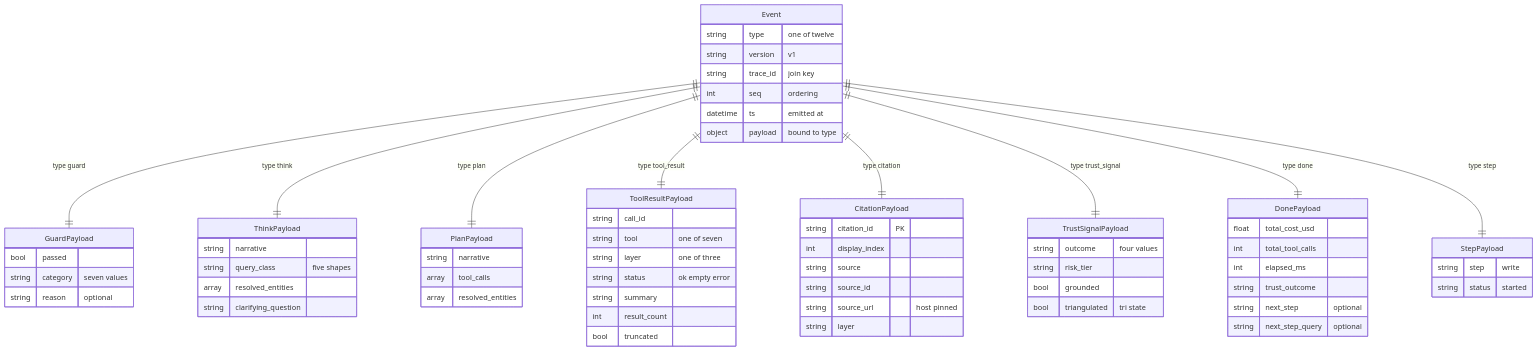
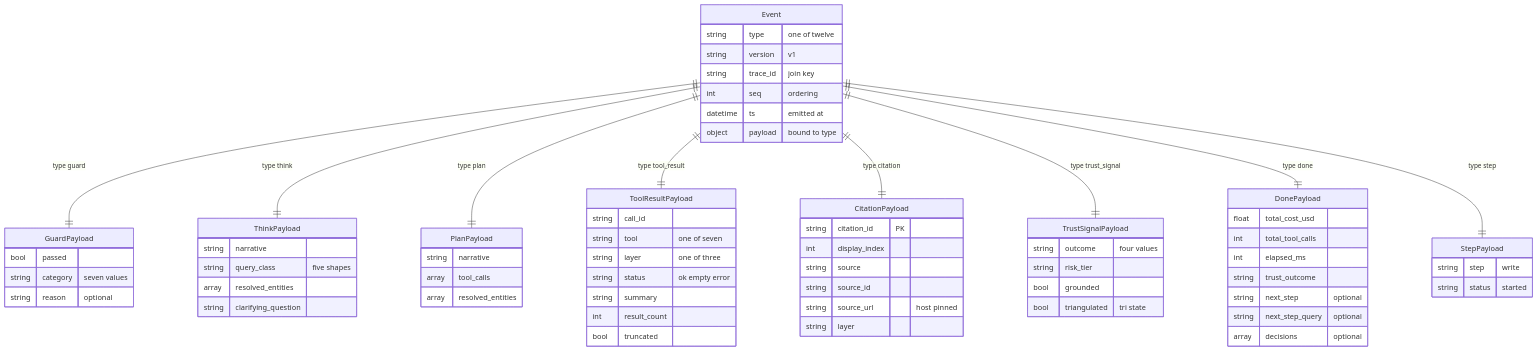
The second of 3 diagrams in visualizations/Schema_visualization.md (monideep2255/agentic-search-ui), drawn with Mermaid before and after one commit. The commit also changed other lines of this file and 8 other files, not shown here.

````diff
--- a/visualizations/Schema_visualization.md
+++ b/visualizations/Schema_visualization.md
@@ -140,71 +140,72 @@
 ```mermaid
 erDiagram
     Event {
         string type "one of twelve"
         string version "v1"
         string trace_id "join key"
         int seq "ordering"
         datetime ts "emitted at"
         object payload "bound to type"
     }
     GuardPayload {
         bool passed
         string category "seven values"
         string reason "optional"
     }
     ThinkPayload {
         string narrative
         string query_class "five shapes"
         array resolved_entities
         string clarifying_question
     }
     PlanPayload {
         string narrative
         array tool_calls
         array resolved_entities
     }
     ToolResultPayload {
         string call_id
         string tool "one of seven"
         string layer "one of three"
         string status "ok empty error"
         string summary
         int result_count
         bool truncated
     }
     CitationPayload {
         string citation_id PK
         int display_index
         string source
         string source_id
         string source_url "host pinned"
         string layer
     }
     TrustSignalPayload {
         string outcome "four values"
         string risk_tier
         bool grounded
         bool triangulated "tri state"
     }
     DonePayload {
         float total_cost_usd
         int total_tool_calls
         int elapsed_ms
         string trust_outcome
         string next_step "optional"
         string next_step_query "optional"
+        array decisions "optional"
     }
     StepPayload {
         string step "write"
         string status "started"
     }
 
     Event ||--|| GuardPayload : "type guard"
     Event ||--|| ThinkPayload : "type think"
     Event ||--|| PlanPayload : "type plan"
     Event ||--|| ToolResultPayload : "type tool_result"
     Event ||--|| CitationPayload : "type citation"
     Event ||--|| TrustSignalPayload : "type trust_signal"
     Event ||--|| DonePayload : "type done"
     Event ||--|| StepPayload : "type step"
 ```
````
